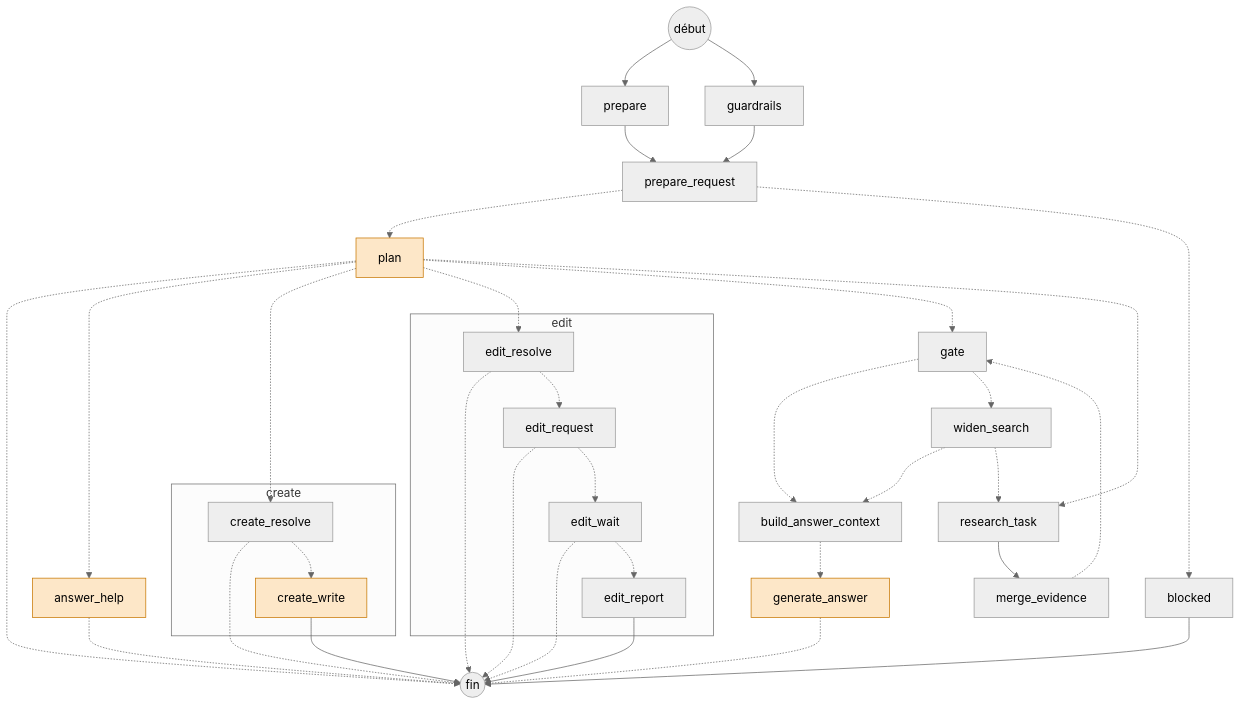
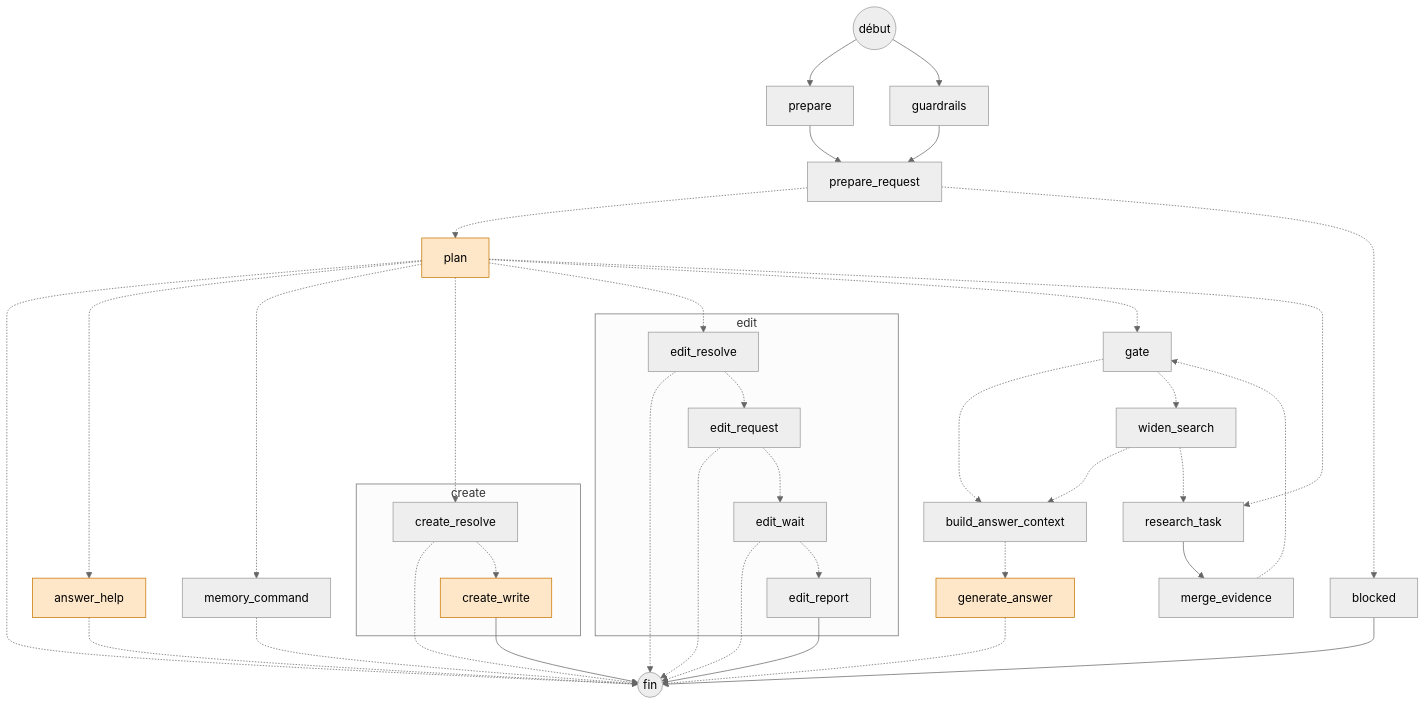
The diagram in docs/agent-execution-graph.md (IA-Generative/Muffin), drawn with Mermaid (neutral theme) before and after one commit. The commit also changed other lines of this file and 4 other files, not shown here.

Commit message:
docs(mémoire): mémoire de l'utilisateur, variables, graphe et limites (#34)

````diff
--- a/docs/agent-execution-graph.md
+++ b/docs/agent-execution-graph.md
@@ -14,61 +14,63 @@
 ```mermaid
 flowchart TD
     prepare[prepare]
     guardrails[guardrails]
     prepare_request[prepare_request]
     blocked[blocked]
     plan[plan]
     answer_help[answer_help]
-    research_task[research_task]
+    memory_command[memory_command]
     merge_evidence[merge_evidence]
     gate[gate]
     widen_search[widen_search]
     build_answer_context[build_answer_context]
     generate_answer[generate_answer]
     subgraph edit_sub [edit]
         edit__edit_resolve[edit_resolve]
         edit__edit_request[edit_request]
         edit__edit_wait[edit_wait]
         edit__edit_report[edit_report]
     end
     subgraph create_sub [create]
         create__create_resolve[create_resolve]
         create__create_write[create_write]
     end
     __start__(( début ))
     __end__(( fin ))
     __start__ --> prepare
     __start__ --> guardrails
     prepare --> prepare_request
     guardrails --> prepare_request
     prepare_request -.-> plan
     prepare_request -.-> blocked
     blocked --> __end__
     answer_help -.-> __end__
     build_answer_context -.-> generate_answer
     gate -.-> build_answer_context
     gate -.-> widen_search
     generate_answer -.-> __end__
     merge_evidence -.-> gate
     plan -.-> __end__
     plan -.-> answer_help
+    plan -.-> memory_command
+    memory_command -.-> __end__
     plan -.-> create__create_resolve
     plan -.-> edit__edit_resolve
     plan -.-> gate
     plan -.-> research_task
     research_task --> merge_evidence
     widen_search -.-> build_answer_context
     widen_search -.-> research_task
     edit__edit_request -.-> __end__
     edit__edit_request -.-> edit__edit_wait
     edit__edit_resolve -.-> __end__
     edit__edit_resolve -.-> edit__edit_request
     edit__edit_wait -.-> __end__
     edit__edit_wait -.-> edit__edit_report
     edit__edit_report --> __end__
     create__create_resolve -.-> __end__
     create__create_resolve -.-> create__create_write
     create__create_write --> __end__
     classDef llm fill:#fde7c8,stroke:#c77700
     class answer_help,create__create_write,generate_answer,plan llm
 ```
````
